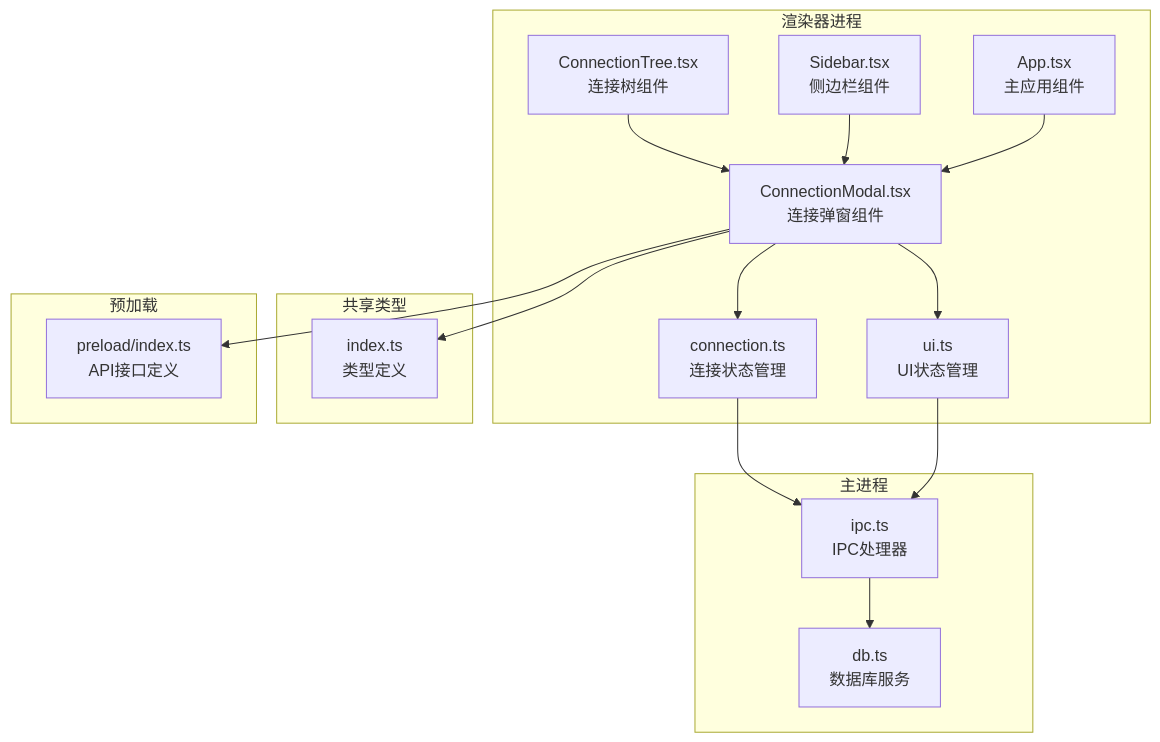
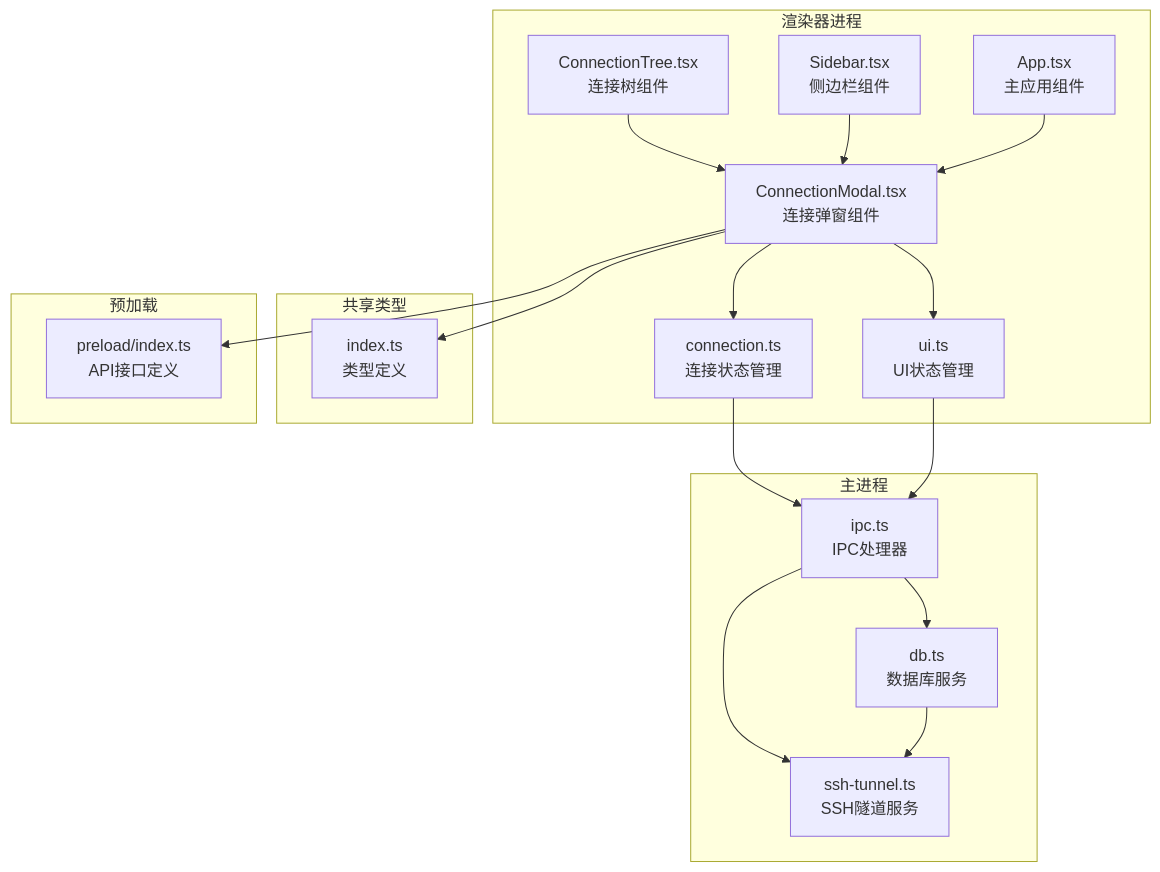
One commit to wwenbo2048/nexsql changed the first of 13 diagrams in .qoder/repowiki/zh/content/架构设计/组件系统架构/工具组件/连接弹窗组件.md. Above: the diagram before and after it, drawn with Mermaid. The commit also changed other lines of this file and 19 other files, not shown here.

````diff
--- a/.qoder/repowiki/zh/content/架构设计/组件系统架构/工具组件/连接弹窗组件.md
+++ b/.qoder/repowiki/zh/content/架构设计/组件系统架构/工具组件/连接弹窗组件.md
@@ -38,31 +49,34 @@
 ```mermaid
 graph TB
 subgraph "渲染器进程"
 CM[ConnectionModal.tsx<br/>连接弹窗组件]
 CS[connection.ts<br/>连接状态管理]
 UIS[ui.ts<br/>UI状态管理]
 CT[ConnectionTree.tsx<br/>连接树组件]
 SB[Sidebar.tsx<br/>侧边栏组件]
 APP[App.tsx<br/>主应用组件]
 end
 subgraph "共享类型"
 TYPES[index.ts<br/>类型定义]
 end
 subgraph "主进程"
 IPC[ipc.ts<br/>IPC处理器]
 DB[db.ts<br/>数据库服务]
+SSH[ssh-tunnel.ts<br/>SSH隧道服务]
 end
 subgraph "预加载"
 PRE[preload/index.ts<br/>API接口定义]
 end
 CM --> CS
 CM --> UIS
 CM --> TYPES
 CM --> PRE
 CS --> IPC
 UIS --> IPC
 CT --> CM
 SB --> CM
 APP --> CM
 IPC --> DB
+IPC --> SSH
+DB --> SSH
 ```
````
